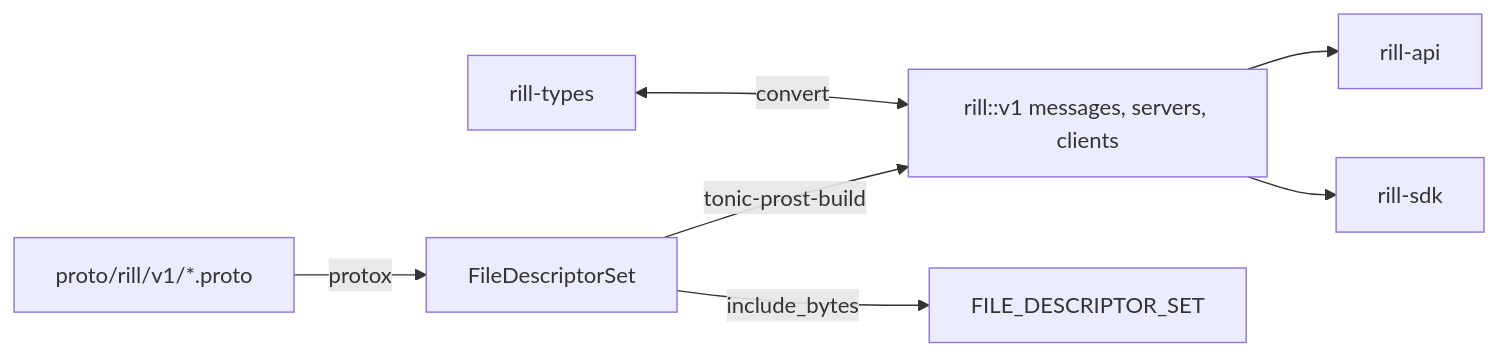
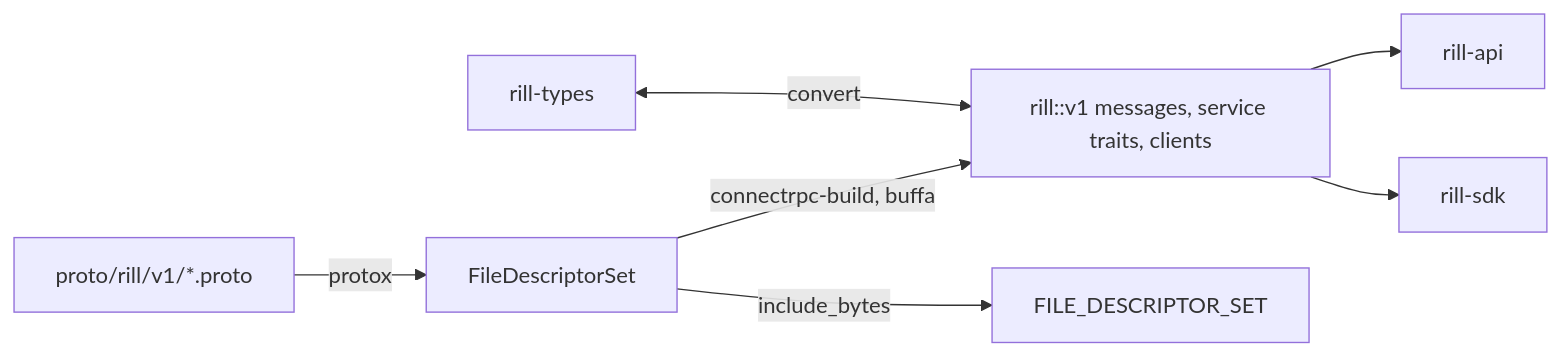
One commit to envoy1084/rill changed the diagram in architecture/07-runtime/api-surface.md. Above: the diagram before and after it, drawn with Mermaid. The commit also changed other lines of this file and 214 other files, not shown here.

First line of the commit message:
api: serve rill.v1 over connectrpc, with buffa messages

````diff
--- a/architecture/07-runtime/api-surface.md
+++ b/architecture/07-runtime/api-surface.md
@@ -11,9 +12,9 @@
 ```mermaid
 flowchart LR
     P[proto/rill/v1/*.proto] -->|protox| FDS[FileDescriptorSet]
-    FDS -->|tonic-prost-build| Gen[rill::v1 messages, servers, clients]
+    FDS -->|connectrpc-build, buffa| Gen[rill::v1 messages, service traits, clients]
     FDS -->|include_bytes| Refl[FILE_DESCRIPTOR_SET]
     T[rill-types] <-->|convert| Gen
     Gen --> S[rill-api]
     Gen --> C[rill-sdk]
 ```
````
